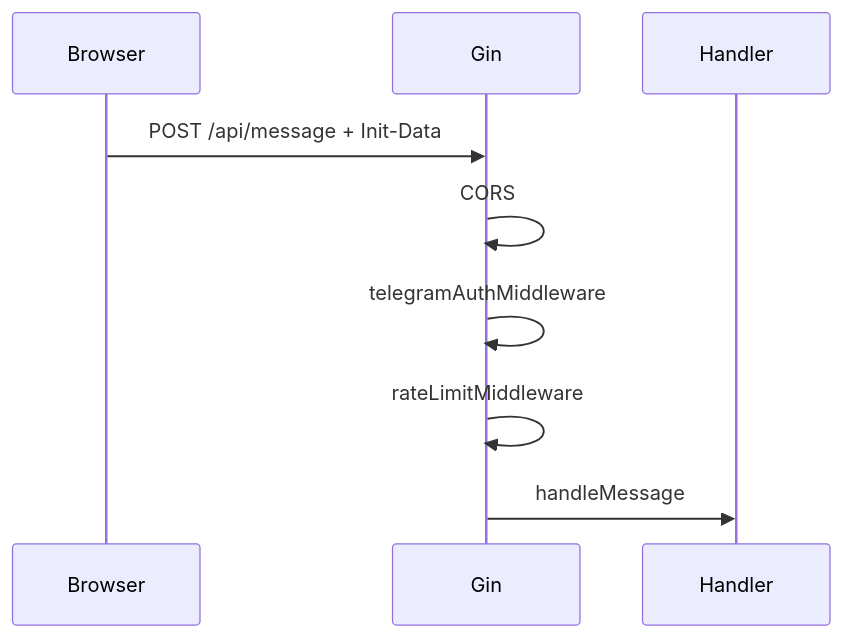
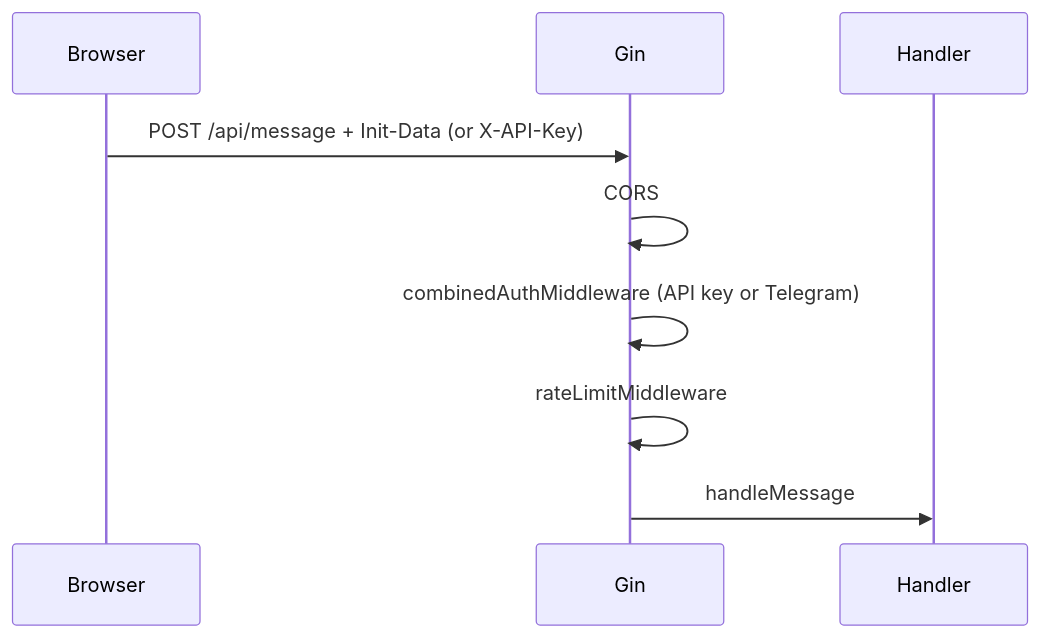
Before and after one commit to kantik001/grounded_horticulture_en: the diagram in docs/knowledge-base/server-auth-and-limits.md, drawn with Mermaid. The commit also changed other lines of this file and 25 other files, not shown here.

````diff
--- a/docs/knowledge-base/server-auth-and-limits.md
+++ b/docs/knowledge-base/server-auth-and-limits.md
@@ -115,12 +131,12 @@
 ```mermaid
 sequenceDiagram
     participant B as Browser
     participant G as Gin
     participant H as Handler
 
-    B->>G: POST /api/message + Init-Data
+    B->>G: POST /api/message + Init-Data (or X-API-Key)
     G->>G: CORS
-    G->>G: telegramAuthMiddleware
+    G->>G: combinedAuthMiddleware (API key or Telegram)
     G->>G: rateLimitMiddleware
     G->>H: handleMessage
 ```
````
